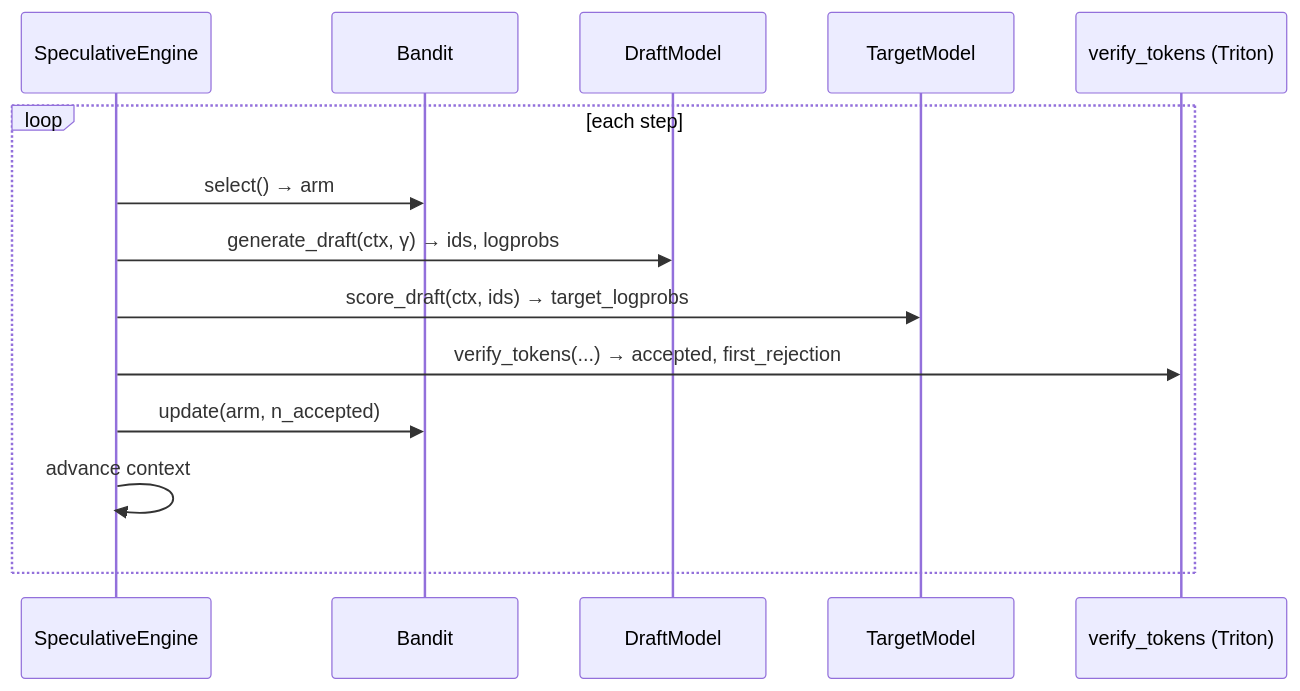
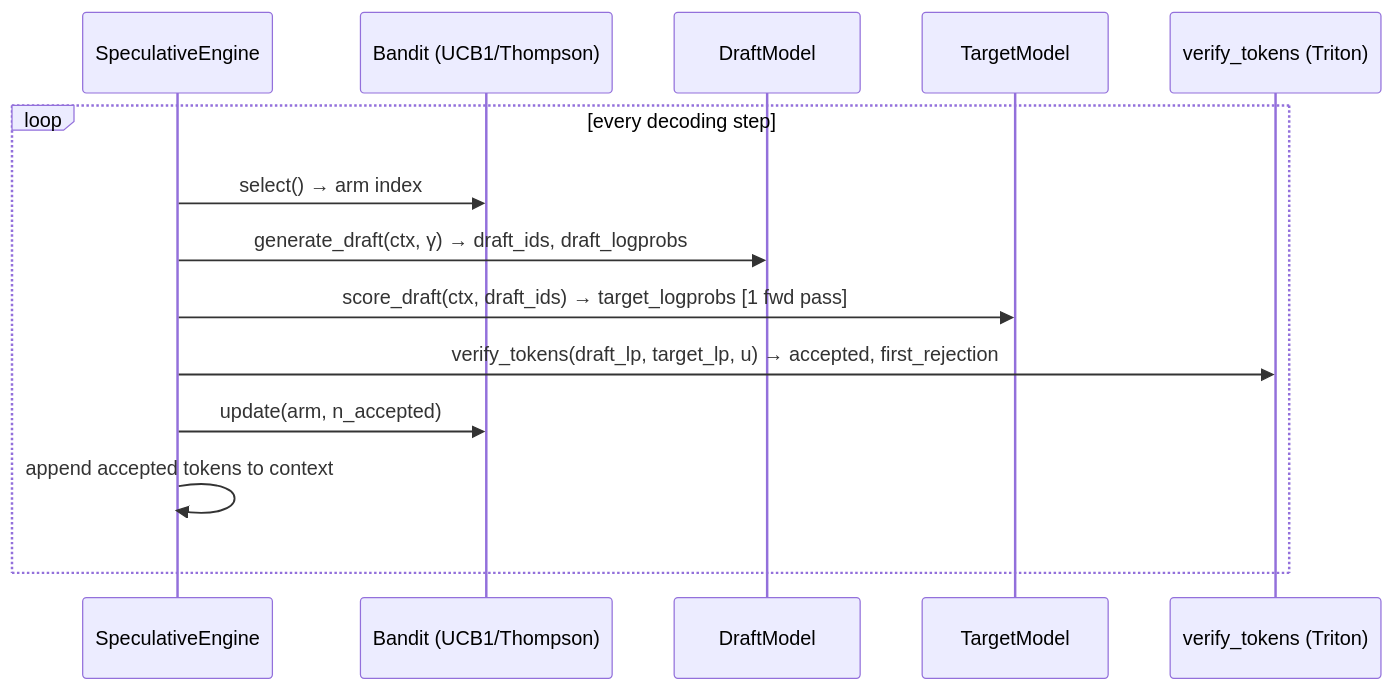
The diagram in README.md (Mattral/FlashSpec), drawn with Mermaid before and after one commit. The commit also changed other lines of this file, not shown here.

````diff
--- a/README.md
+++ b/README.md
@@ -86,17 +138,17 @@
 ```mermaid
 sequenceDiagram
     participant E as SpeculativeEngine
-    participant B as Bandit
+    participant B as Bandit (UCB1/Thompson)
     participant D as DraftModel
     participant T as TargetModel
     participant K as verify_tokens (Triton)
 
-    loop each step
-        E->>B: select() → arm
-        E->>D: generate_draft(ctx, γ) → ids, logprobs
-        E->>T: score_draft(ctx, ids) → target_logprobs
-        E->>K: verify_tokens(...) → accepted, first_rejection
+    loop every decoding step
+        E->>B: select() → arm index
+        E->>D: generate_draft(ctx, γ) → draft_ids, draft_logprobs
+        E->>T: score_draft(ctx, draft_ids) → target_logprobs  [1 fwd pass]
+        E->>K: verify_tokens(draft_lp, target_lp, u) → accepted, first_rejection
         E->>B: update(arm, n_accepted)
-        E->>E: advance context
+        E->>E: append accepted tokens to context
     end
 ```
````
